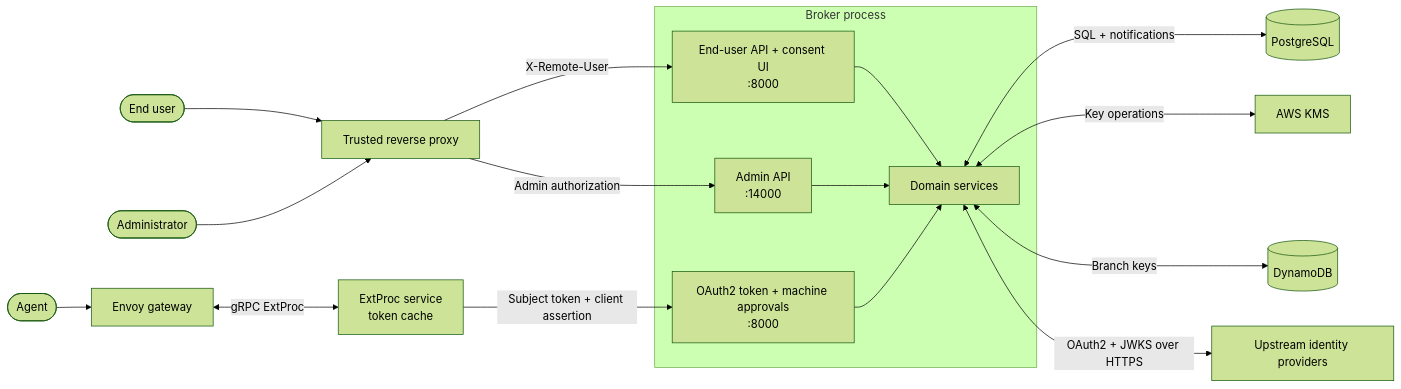
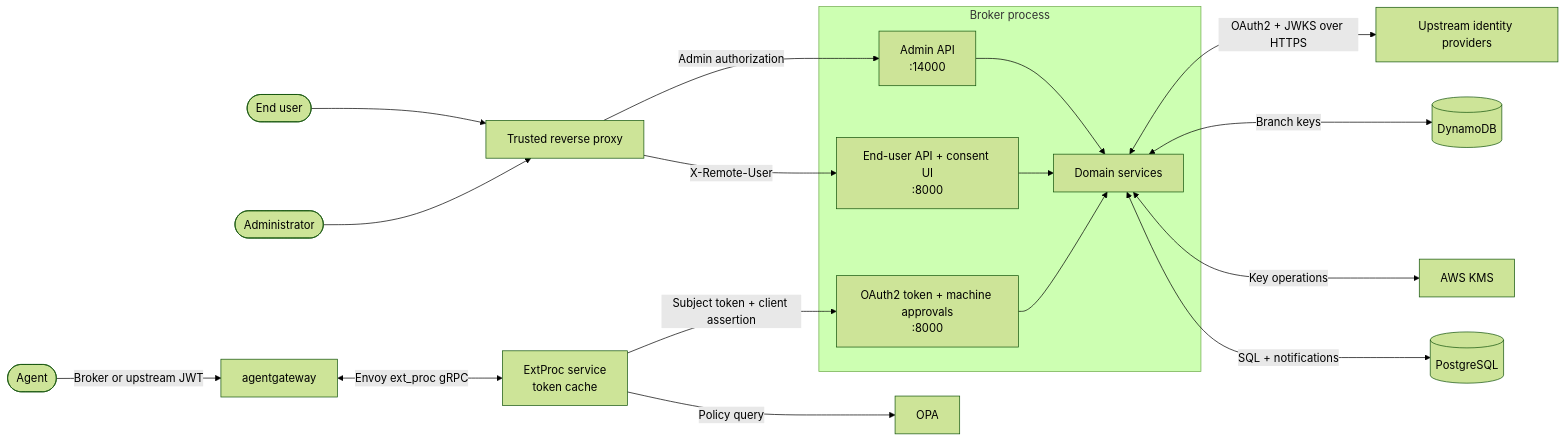
The diagram in docs/resources/assurance-case.md (zalando-incubator/agentic-identity-broker), drawn with Mermaid (forest theme) before and after one commit. The commit also changed other lines of this file, not shown here.

````diff
--- a/docs/resources/assurance-case.md
+++ b/docs/resources/assurance-case.md
@@ -44,23 +57,24 @@
 ```mermaid
 flowchart LR
     User([End user]) --> Proxy[Trusted reverse proxy]
     Admin([Administrator]) --> Proxy
-    Agent([Agent]) --> Envoy[Envoy gateway]
-    Envoy <-->|gRPC ExtProc| ExtProc[ExtProc service<br/>token cache]
+    Agent([Agent]) -->|Broker or upstream JWT| GW[agentgateway]
+    GW <-->|Envoy ext_proc gRPC| ExtProc[ExtProc service<br/>token cache]
+    ExtProc -->|Policy query| OPA[OPA]
     subgraph Broker[Broker process]
         UserAPI[End-user API + consent UI<br/>:8000]
         MachineAPI[OAuth2 token + machine approvals<br/>:8000]
         AdminAPI[Admin API<br/>:14000]
         Domain[Domain services]
         UserAPI --> Domain
         MachineAPI --> Domain
         AdminAPI --> Domain
     end
     Proxy -- X-Remote-User --> UserAPI
     Proxy -- Admin authorization --> AdminAPI
     ExtProc -- Subject token + client assertion --> MachineAPI
     Domain <-->|SQL + notifications| Postgres[(PostgreSQL)]
     Domain <-->|Key operations| KMS[AWS KMS]
     Domain <-->|Branch keys| DynamoDB[(DynamoDB)]
     Domain <-->|OAuth2 + JWKS over HTTPS| IdP[Upstream identity providers]
 ```
````
